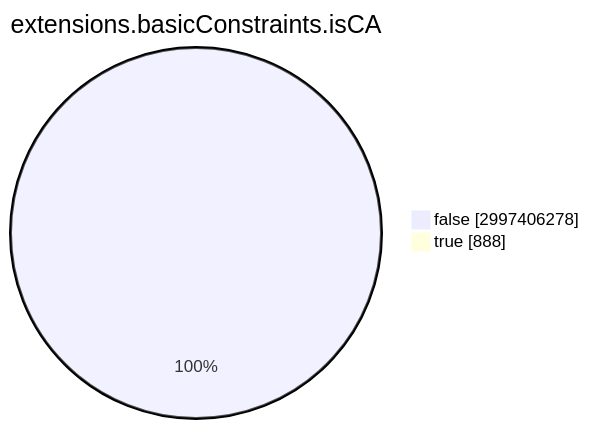
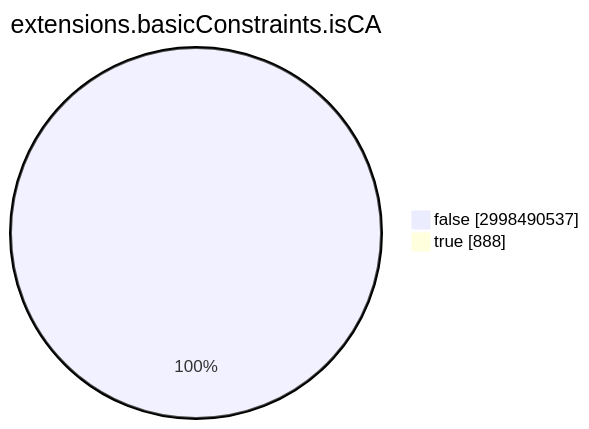
One commit to christiankrug/ctmonitor_visualization changed the seventh of 15 diagrams in TOTAL/README.md. Above: the diagram before and after it, drawn with Mermaid. The commit also changed other lines of this file, not shown here.

````diff
--- a/TOTAL/README.md
+++ b/TOTAL/README.md
@@ -3076,6 +3077,6 @@
 ```mermaid
 pie showData
 title extensions.basicConstraints.isCA
-"false" :2997406278
+"false" :2998490537
 "true" :888
 ```
````
